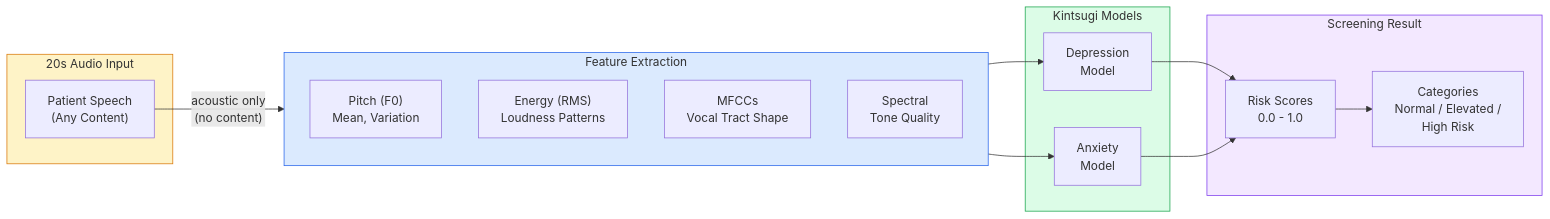
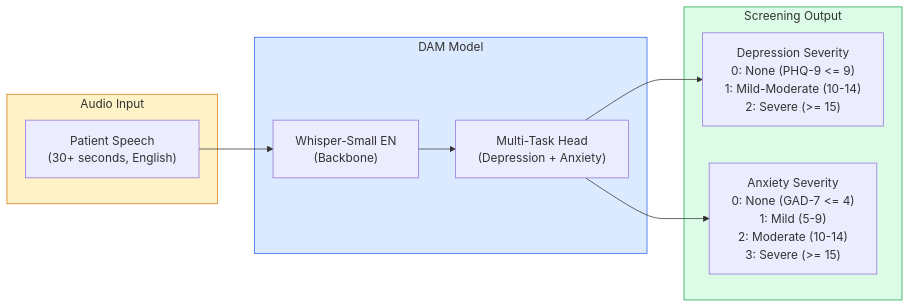
One commit to utexas-demo/demo changed the first of 2 diagrams in docs/experiments/35-KintsugiOpenSource-Developer-Tutorial.md. Above: the diagram before and after it, drawn with Mermaid. The commit also changed other lines of this file and 4 other files, not shown here.

First line of the commit message:
Update Experiment 35 to use PyPI SDK and HuggingFace DAM model; add AI brief

````diff
--- a/docs/experiments/35-KintsugiOpenSource-Developer-Tutorial.md
+++ b/docs/experiments/35-KintsugiOpenSource-Developer-Tutorial.md
@@ -46,35 +46,25 @@
 ```mermaid
 flowchart LR
-    subgraph Input["20s Audio Input"]
-        SPEECH["Patient Speech<br/>(Any Content)"]
+    subgraph Input["Audio Input"]
+        SPEECH["Patient Speech<br/>(30+ seconds, English)"]
     end
 
-    subgraph Features["Feature Extraction"]
-        PITCH["Pitch (F0)<br/>Mean, Variation"]
-        ENERGY["Energy (RMS)<br/>Loudness Patterns"]
-        MFCC["MFCCs<br/>Vocal Tract Shape"]
-        SPECTRAL["Spectral<br/>Tone Quality"]
+    subgraph Model["DAM Model"]
+        WHISPER["Whisper-Small EN<br/>(Backbone)"]
+        MULTI["Multi-Task Head<br/>(Depression + Anxiety)"]
     end
 
-    subgraph Models["Kintsugi Models"]
-        DEP["Depression<br/>Model"]
-        ANX["Anxiety<br/>Model"]
+    subgraph Output["Screening Output"]
+        DEP["Depression Severity<br/>0: None (PHQ-9 <= 9)<br/>1: Mild-Moderate (10-14)<br/>2: Severe (>= 15)"]
+        ANX["Anxiety Severity<br/>0: None (GAD-7 <= 4)<br/>1: Mild (5-9)<br/>2: Moderate (10-14)<br/>3: Severe (>= 15)"]
     end
 
-    subgraph Output["Screening Result"]
-        SCORES["Risk Scores<br/>0.0 - 1.0"]
-        CATEGORY["Categories<br/>Normal / Elevated /<br/>High Risk"]
-    end
-
-    SPEECH -->|"acoustic only<br/>(no content)"| Features
-    Features --> DEP
-    Features --> ANX
-    DEP --> SCORES
-    ANX --> SCORES
-    SCORES --> CATEGORY
+    SPEECH --> WHISPER
+    WHISPER --> MULTI
+    MULTI --> DEP
+    MULTI --> ANX
 
     style Input fill:#fef3c7,stroke:#d97706
-    style Features fill:#dbeafe,stroke:#2563eb
-    style Models fill:#dcfce7,stroke:#16a34a
-    style Output fill:#f3e8ff,stroke:#7c3aed
+    style Model fill:#dbeafe,stroke:#2563eb
+    style Output fill:#dcfce7,stroke:#16a34a
 ```
````
